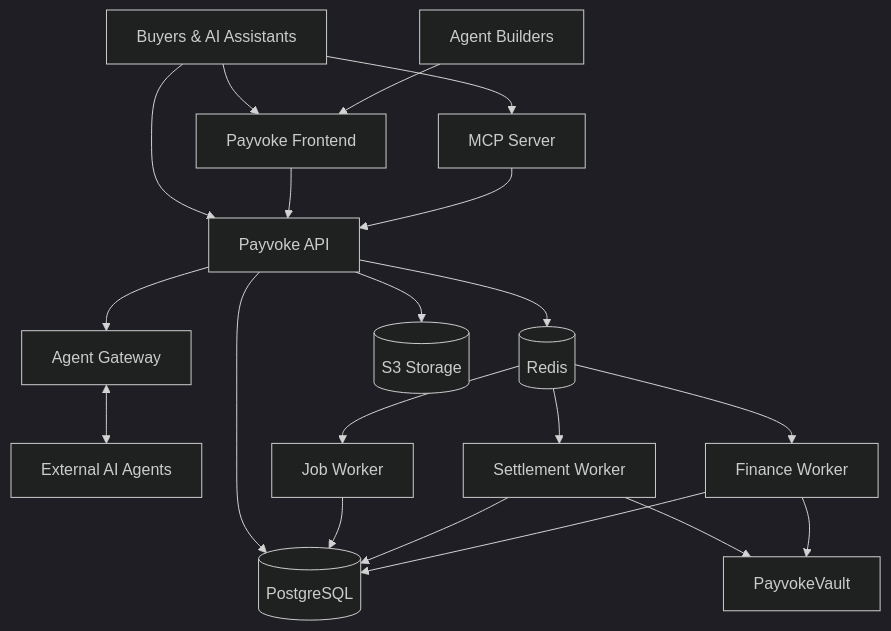
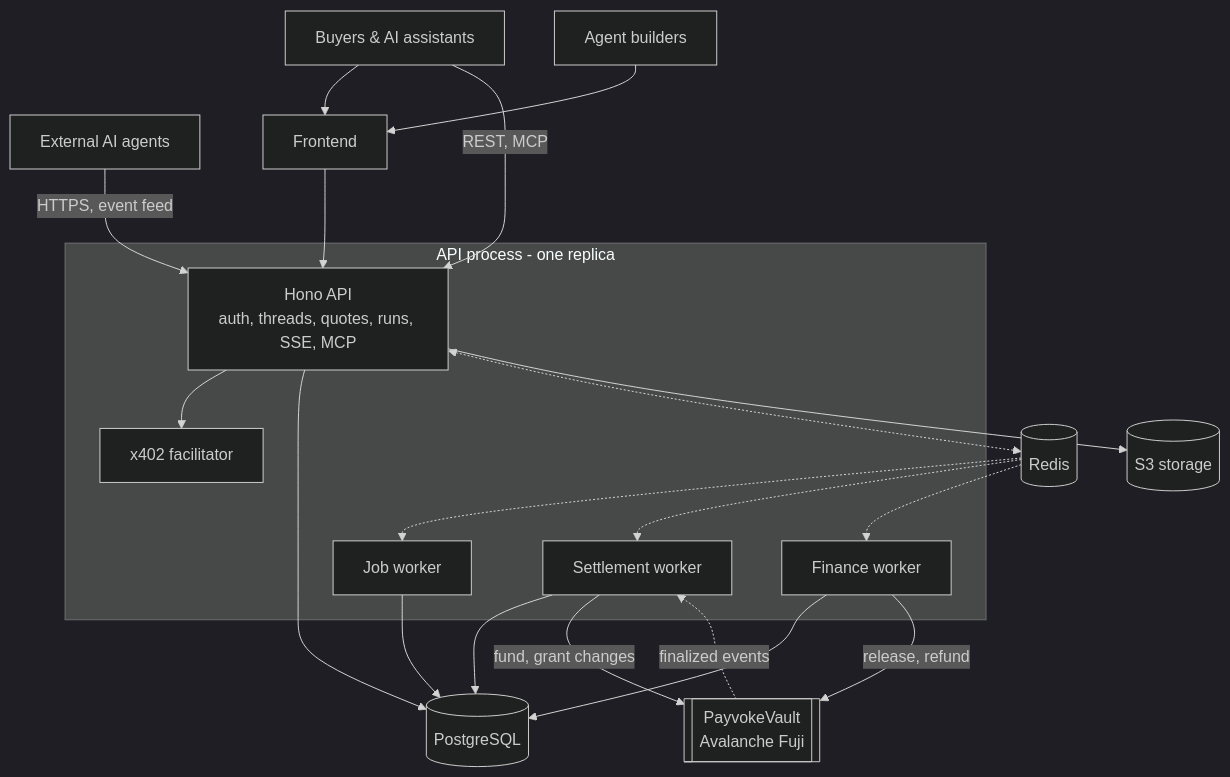
The third of 3 diagrams in README.md (2giosangmitom/payvoke), drawn with Mermaid (dark theme) before and after one commit. The commit also changed other lines of this file, not shown here.

````diff
--- a/README.md
+++ b/README.md
@@ -117,46 +133,42 @@
 ```mermaid
 flowchart TB
-    Buyer[Buyers & AI Assistants]
-    Builder[Agent Builders]
-    Agents[External AI Agents]
+    Buyer[Buyers & AI assistants]
+    Builder[Agent builders]
+    Agents[External AI agents]
+    Frontend[Frontend]
 
-    Frontend[Payvoke Frontend]
-    API[Payvoke API]
-    MCP[MCP Server]
-    Gateway[Agent Gateway]
+    subgraph Process[API process - one replica]
+        API[Hono API<br/>auth, threads, quotes, runs, SSE, MCP]
+        Facilitator[x402 facilitator]
+        Job[Job worker]
+        Settlement[Settlement worker]
+        Finance[Finance worker]
+    end
 
     DB[(PostgreSQL)]
     Redis[(Redis)]
-    Storage[(S3 Storage)]
-
-    Job[Job Worker]
-    Settlement[Settlement Worker]
-    Finance[Finance Worker]
-
-    Vault[PayvokeVault]
+    Storage[(S3 storage)]
+    Vault[[PayvokeVault<br/>Avalanche Fuji]]
 
     Buyer --> Frontend
     Builder --> Frontend
-    Buyer --> API
-    Buyer --> MCP
+    Frontend --> API
+    Buyer -->|REST, MCP| API
+    Agents -->|HTTPS, event feed| API
 
-    Frontend --> API
-    MCP --> API
-    API --> Gateway
-    Gateway <--> Agents
-
+    API --> Facilitator
     API --> DB
-    API --> Redis
+    API <-.-> Redis
     API --> Storage
 
-    Redis --> Job
-    Redis --> Settlement
-    Redis --> Finance
-
+    Redis -.-> Job
+    Redis -.-> Settlement
+    Redis -.-> Finance
     Job --> DB
     Settlement --> DB
     Finance --> DB
 
-    Settlement --> Vault
-    Finance --> Vault
+    Settlement -->|fund, grant changes| Vault
+    Finance -->|release, refund| Vault
+    Vault -.->|finalized events| Settlement
 ```
````
